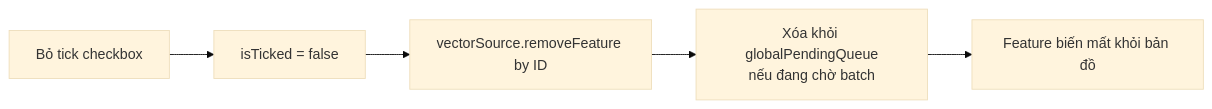
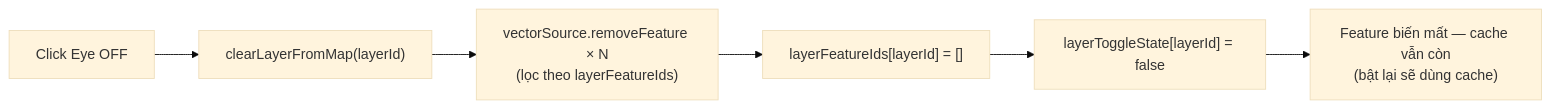
One commit to giangvanhung/gServer_0.0.1 changed the third of 8 diagrams in gServer_Introduction/docs/dataflow.md. Above: the diagram before and after it, drawn with Mermaid (base theme). The commit also changed other lines of this file and 14 other files, not shown here.

````diff
--- a/gServer_Introduction/docs/dataflow.md
+++ b/gServer_Introduction/docs/dataflow.md
@@ -47,7 +50,8 @@
 ```mermaid
 flowchart LR
-    A[Bỏ tick checkbox] --> B[isTicked = false]
-    B --> C[vectorSource.removeFeature by ID]
-    C --> D[Xóa khỏi globalPendingQueue\nnếu đang chờ batch]
-    D --> E[Feature biến mất khỏi bản đồ]
+    A["Click Eye OFF"] --> B["clearLayerFromMap(layerId)"]
+    B --> C["vectorSource.removeFeature × N\n(lọc theo layerFeatureIds)"]
+    C --> D["layerFeatureIds[layerId] = []"]
+    D --> E["layerToggleState[layerId] = false"]
+    E --> F["Feature biến mất — cache vẫn còn\n(bật lại sẽ dùng cache)"]
 ```
````
